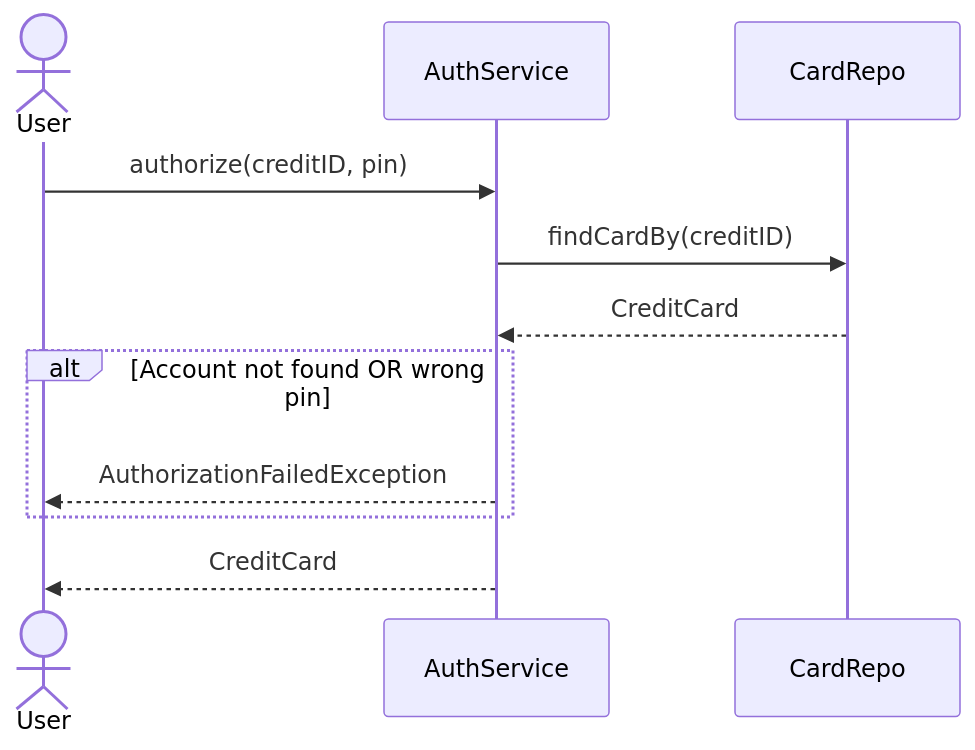
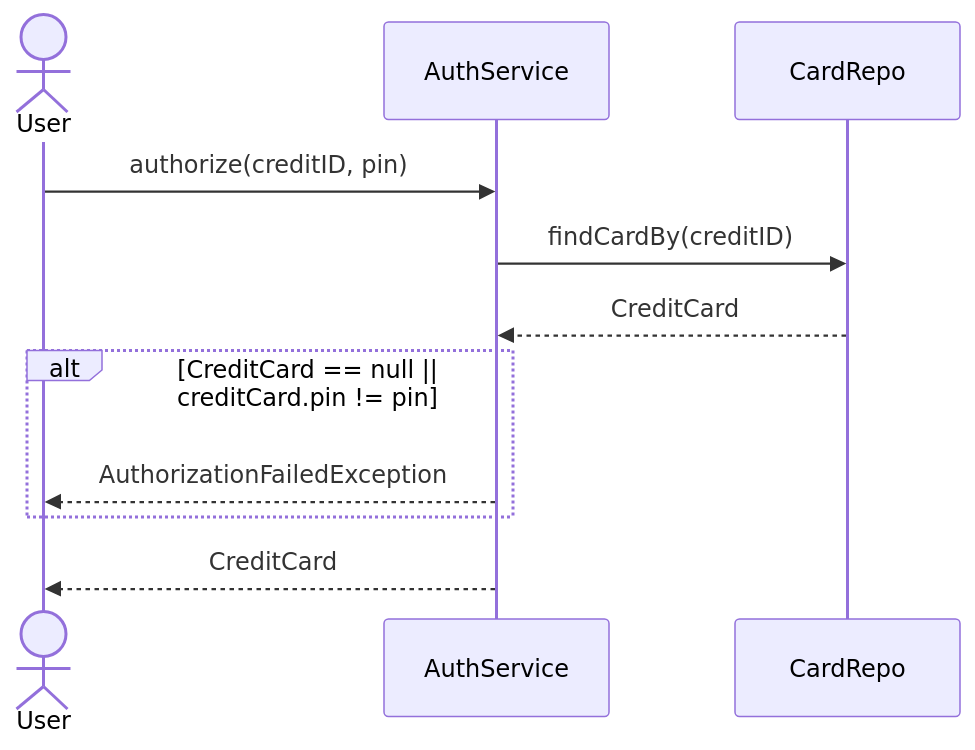
One commit to Apameus/ATM_Underground changed the second of 6 diagrams in docs/technicalDocs_v2.md. Above: the diagram before and after it, drawn with Mermaid.

Commit message:
Technical Documentation refactored

````diff
--- a/docs/technicalDocs_v2.md
+++ b/docs/technicalDocs_v2.md
@@ -12,13 +12,13 @@
 ```mermaid
 sequenceDiagram
     actor U as User
     participant S as AuthService
     participant R as CardRepo
     U ->> S: authorize(creditID, pin)
     S ->> R: findCardBy(creditID)
     R -->> S: CreditCard
-    alt Account not found OR wrong pin
+    alt CreditCard == null || creditCard.pin != pin
         S -->> U: AuthorizationFailedException
     end
     S -->> U: CreditCard
 ```
````
